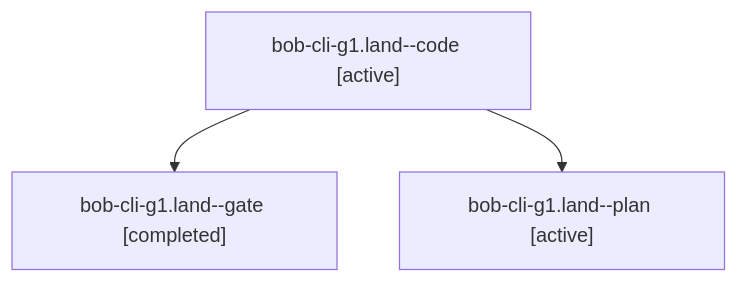
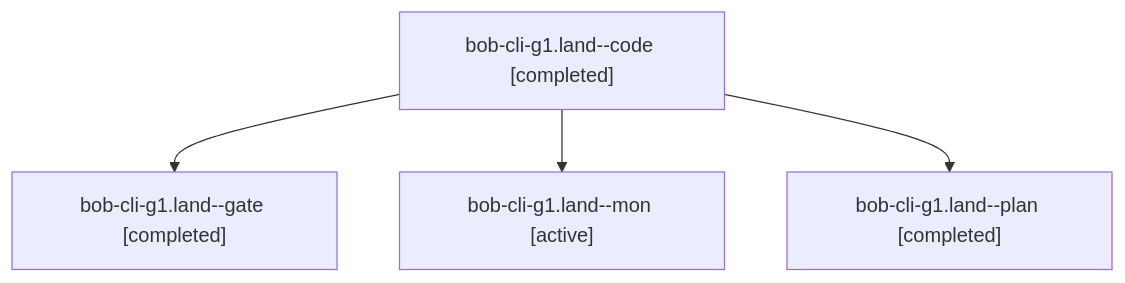
One commit to bobs-org/bob-cli--agents changed the diagram in sessions/bbugyi200.athena.bob-cli-g1.land.md. Above: the diagram before and after it, drawn with Mermaid. The commit also changed other lines of this file and 28 other files, not shown here.

````diff
--- a/sessions/bbugyi200.athena.bob-cli-g1.land.md
+++ b/sessions/bbugyi200.athena.bob-cli-g1.land.md
@@ -9,8 +9,10 @@
 ```mermaid
 flowchart TD
-  n0["bob-cli-g1.land--code [active]"]
+  n0["bob-cli-g1.land--code [completed]"]
   n1["bob-cli-g1.land--gate [completed]"]
   n0 --> n1
-  n2["bob-cli-g1.land--plan [active]"]
+  n2["bob-cli-g1.land--mon [active]"]
   n0 --> n2
+  n3["bob-cli-g1.land--plan [completed]"]
+  n0 --> n3
 ```
````
